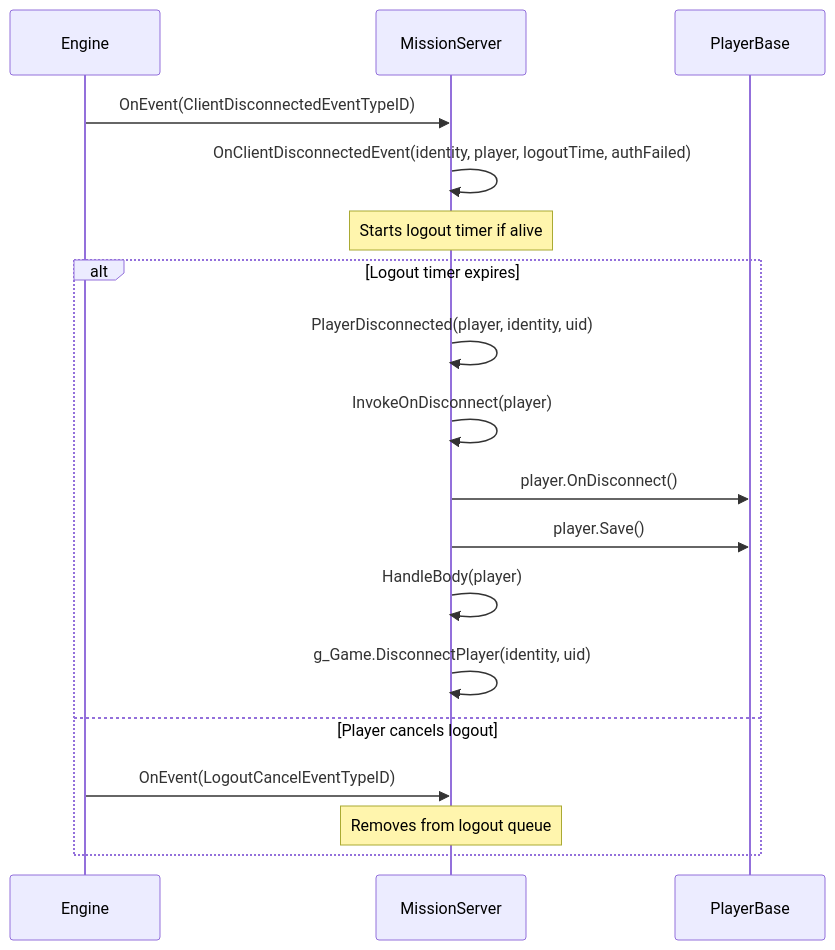
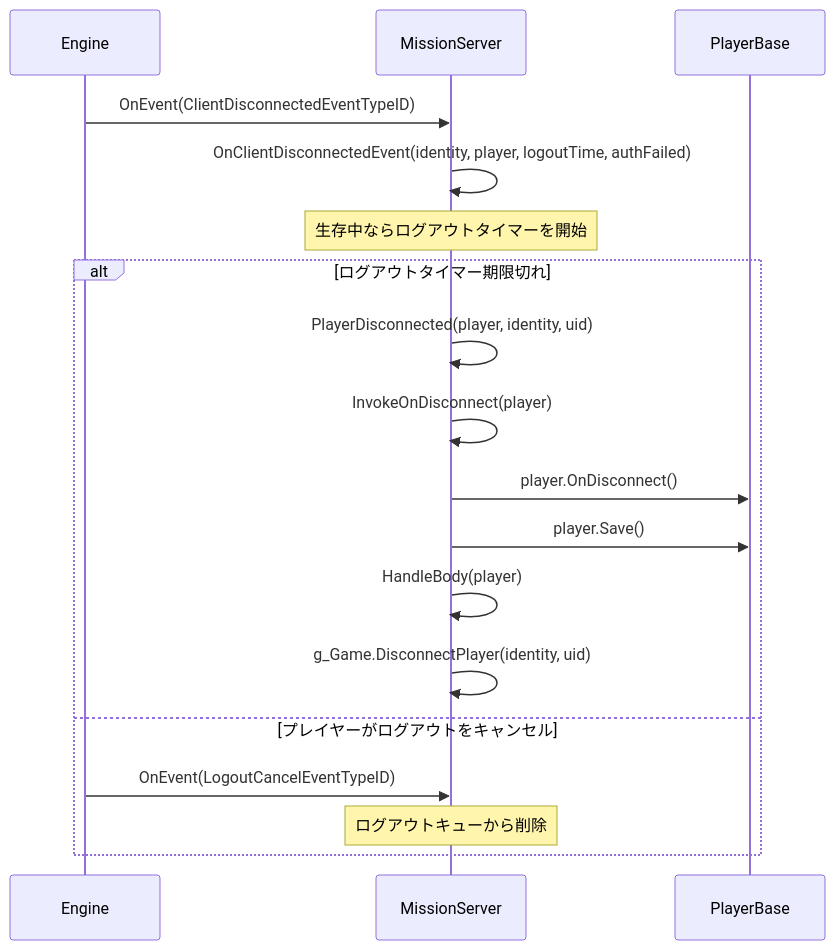
The fifth of 5 diagrams in ja/06-engine-api/11-mission-hooks.md (StarDZ-Team/DayZ-Modding-Wiki), drawn with Mermaid before and after one commit. The commit also changed other lines of this file and 6 other files, not shown here.

````diff
--- a/ja/06-engine-api/11-mission-hooks.md
+++ b/ja/06-engine-api/11-mission-hooks.md
@@ -261,22 +261,22 @@
 ```mermaid
 sequenceDiagram
     participant Engine
     participant MS as MissionServer
     participant Player as PlayerBase
 
     Engine->>MS: OnEvent(ClientDisconnectedEventTypeID)
     MS->>MS: OnClientDisconnectedEvent(identity, player, logoutTime, authFailed)
-    Note over MS: Starts logout timer if alive
+    Note over MS: 生存中ならログアウトタイマーを開始
 
-    alt Logout timer expires
+    alt ログアウトタイマー期限切れ
         MS->>MS: PlayerDisconnected(player, identity, uid)
         MS->>MS: InvokeOnDisconnect(player)
         MS->>Player: player.OnDisconnect()
         MS->>Player: player.Save()
         MS->>MS: HandleBody(player)
         MS->>MS: g_Game.DisconnectPlayer(identity, uid)
-    else Player cancels logout
+    else プレイヤーがログアウトをキャンセル
         Engine->>MS: OnEvent(LogoutCancelEventTypeID)
-        Note over MS: Removes from logout queue
+        Note over MS: ログアウトキューから削除
     end
 ```
````
